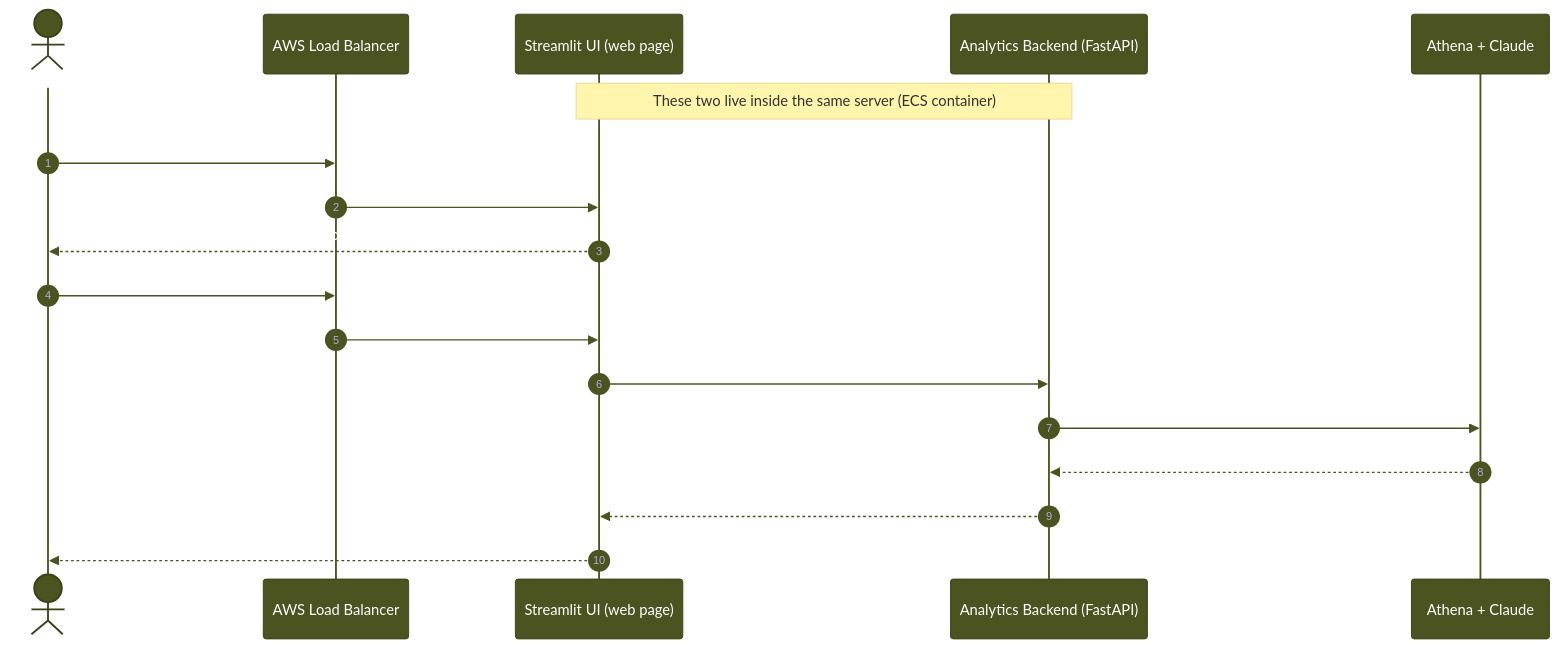
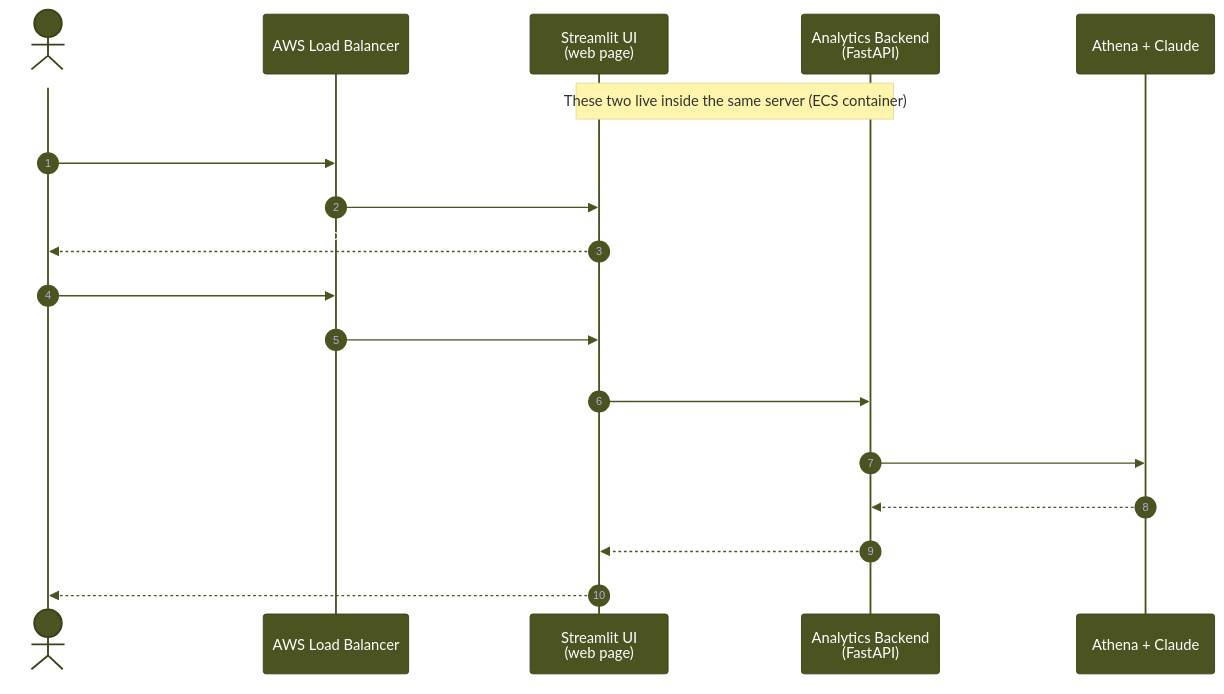
Before and after one commit to enterprise-data-platform-emeka/platform-analytics-agent: the second of 3 diagrams in README.md, drawn with Mermaid. The commit also changed other lines of this file, not shown here.

Commit message:
Docs: restore original Mermaid diagrams, add only brand color init block

````diff
--- a/README.md
+++ b/README.md
@@ -149,24 +150,24 @@
 ```mermaid
 %%{init: {'theme': 'base', 'themeVariables': {'primaryColor': '#4B5320', 'primaryTextColor': '#ffffff', 'primaryBorderColor': '#3a4118', 'lineColor': '#4B5320', 'signalColor': '#4B5320', 'actorLineColor': '#4B5320', 'secondaryColor': '#F0F7FF', 'tertiaryColor': '#F0F7FF', 'background': '#ffffff', 'clusterBkg': '#F0F7FF', 'edgeLabelBackground': '#ffffff'}}}%%
 sequenceDiagram
     autonumber
     actor S as Stakeholder
     participant ALB as AWS Load Balancer
-    participant UI as Streamlit UI (web page)
-    participant API as Analytics Backend (FastAPI)
+    participant UI as Streamlit UI<br/>(web page)
+    participant API as Analytics Backend<br/>(FastAPI)
     participant AI as Athena + Claude
 
     note over UI,API: These two live inside the same server (ECS container)
 
     S->>ALB: Opens the app in their browser
     ALB->>UI: Forwards the request to the UI
     UI-->>S: Browser shows a text box and Submit button
 
     S->>ALB: Types a question and clicks Submit
     ALB->>UI: Forwards the question
-    UI->>API: Sends the question internally (no network hop, same server)
-    API->>AI: Runs an Athena SQL query and asks Claude for an insight
+    UI->>API: Sends the question internally<br/>(no network hop — same server)
+    API->>AI: Runs an Athena SQL query<br/>and asks Claude for an insight
     AI-->>API: Returns query results and insight
     API-->>UI: Returns insight, chart, and cost
     UI-->>S: Renders the answer, chart, and cost in the browser
 ```
````
